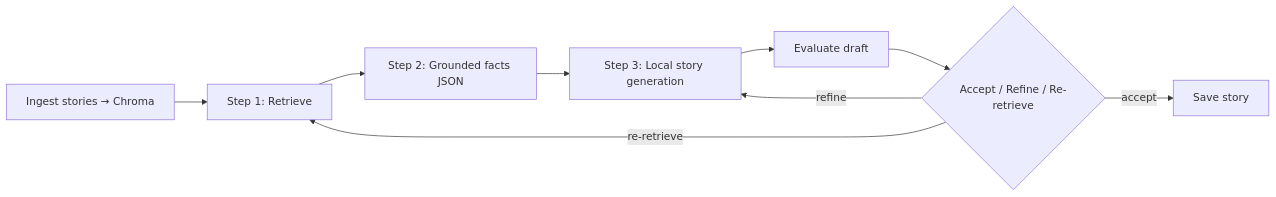
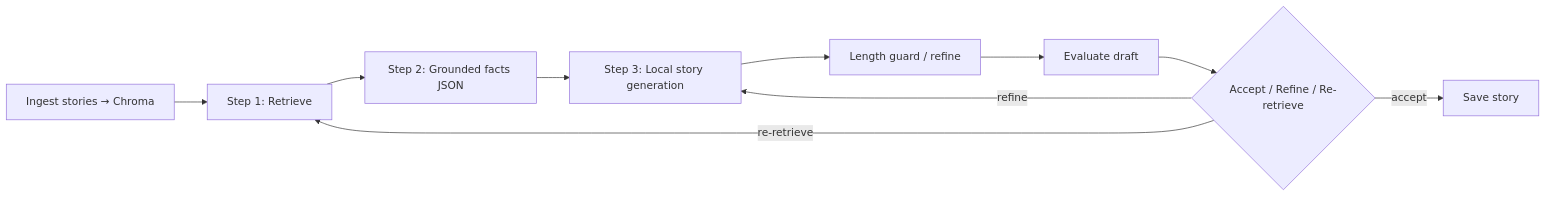
One commit to Nix-ml-journey/StoryForge-RAG changed the diagram in docs/PROJECT_JOURNEY.md. Above: the diagram before and after it, drawn with Mermaid. The commit also changed other lines of this file and 31 other files, not shown here.

````diff
--- a/docs/PROJECT_JOURNEY.md
+++ b/docs/PROJECT_JOURNEY.md
@@ -17,11 +17,12 @@
 ```mermaid
 flowchart LR
     ingest["Ingest stories → Chroma"] --> s1["Step 1: Retrieve"]
     s1 --> s2["Step 2: Grounded facts JSON"]
     s2 --> s3["Step 3: Local story generation"]
-    s3 --> eval["Evaluate draft"]
+    s3 --> guard["Length guard / refine"]
+    guard --> eval["Evaluate draft"]
     eval --> decide{"Accept / Refine / Re-retrieve"}
     decide -->|refine| s3
     decide -->|re-retrieve| s1
     decide -->|accept| out["Save story"]
 ```
````
